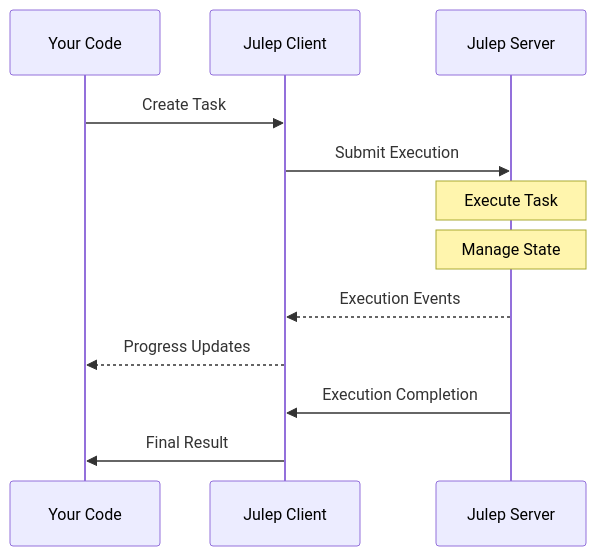
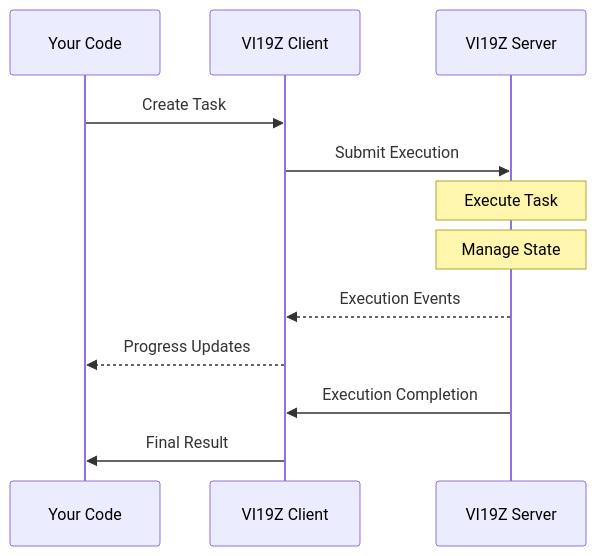
One commit to Vi19Z/VI19Z changed the second of 2 diagrams in README.md. Above: the diagram before and after it, drawn with Mermaid. The commit also changed other lines of this file and 181 other files, not shown here.

````diff
--- a/README.md
+++ b/README.md
@@ -723,15 +723,15 @@
 ```mermaid
 sequenceDiagram
     participant D as Your Code
-    participant C as Julep Client
-    participant S as Julep Server
+    participant C as VI19Z Client
+    participant S as VI19Z Server
 
     D->>C: Create Task
     C->>S: Submit Execution
     Note over S: Execute Task
     Note over S: Manage State
     S-->>C: Execution Events
     C-->>D: Progress Updates
     S->>C: Execution Completion
     C->>D: Final Result
 ```
````
